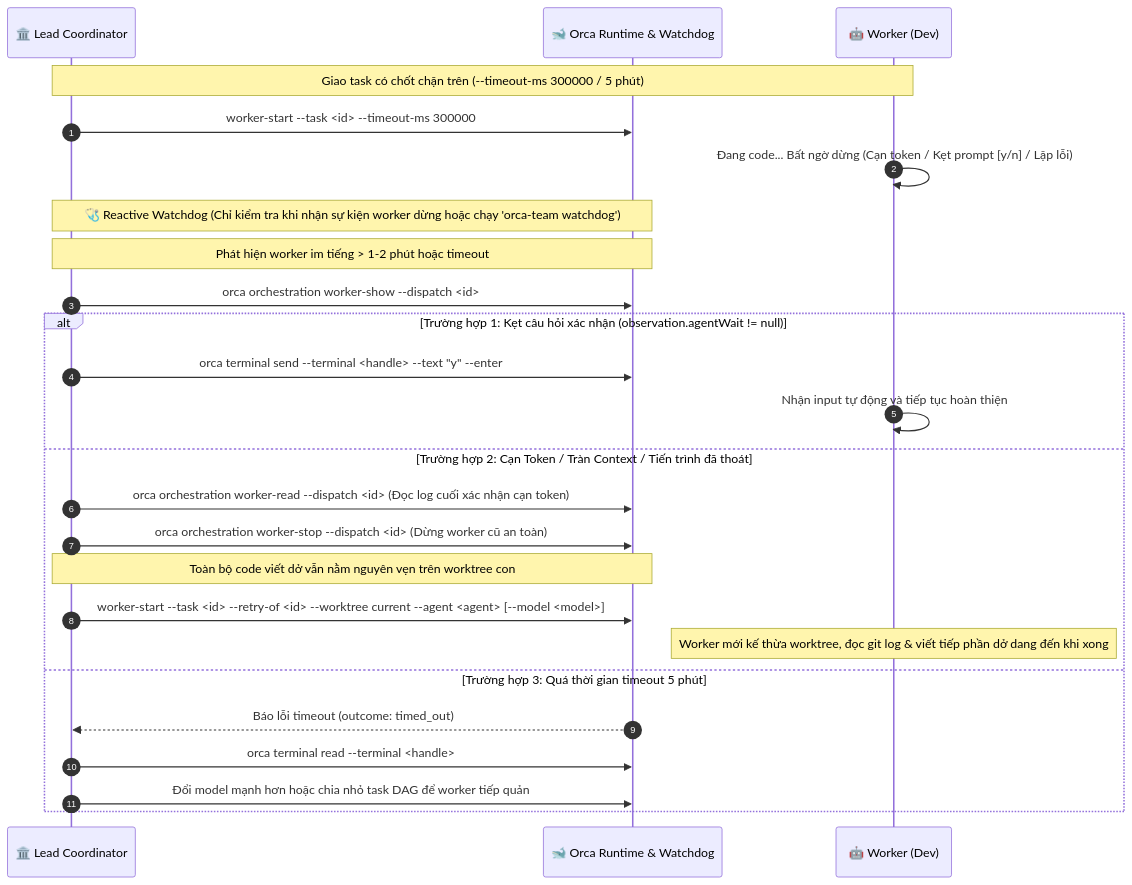
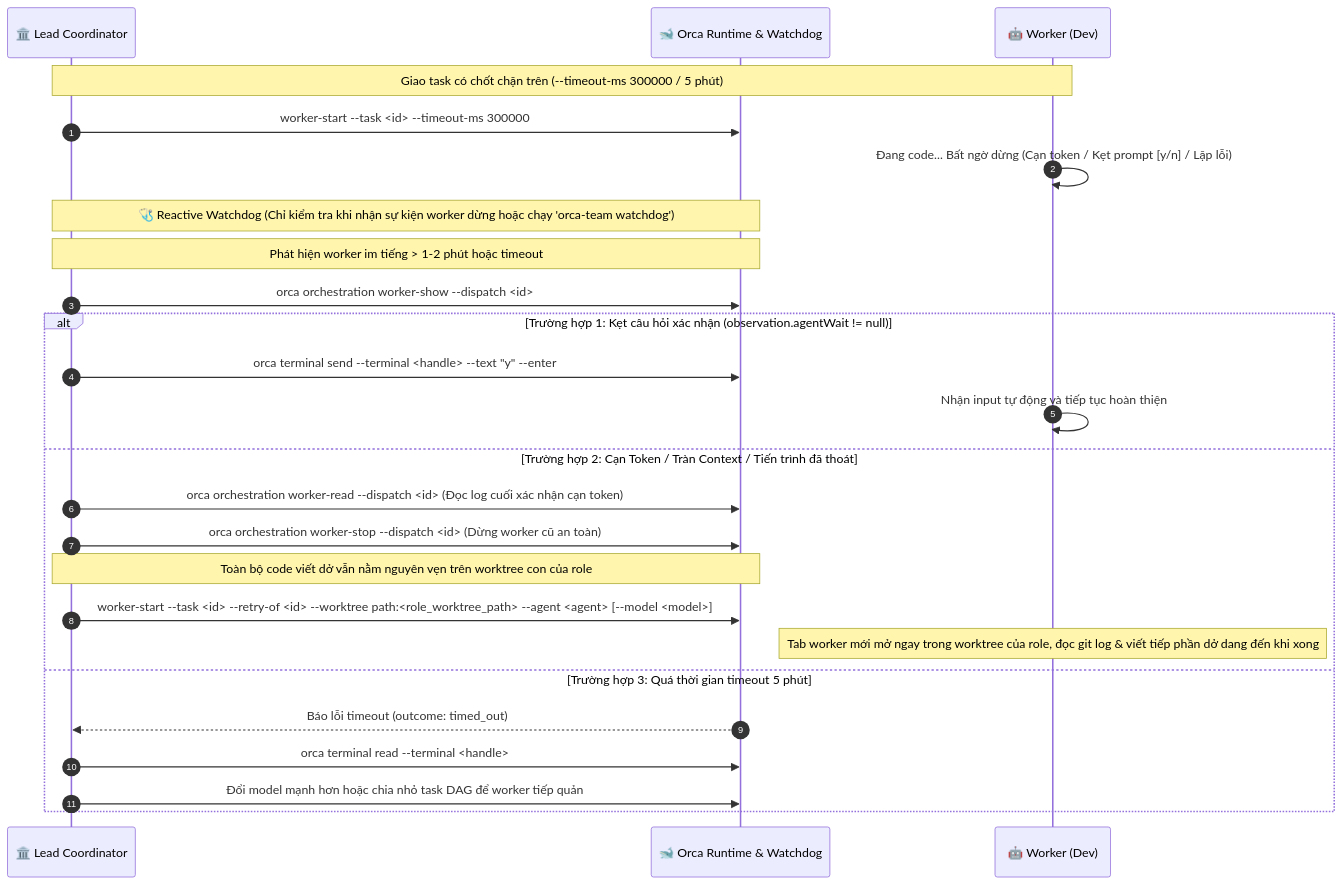
One commit to thapld/orca-multi-agent-orchestrator changed the seventh of 7 diagrams in docs/workflows.md. Above: the diagram before and after it, drawn with Mermaid. The commit also changed other lines of this file and 8 other files, not shown here.

Commit message:
fix(orchestration): use repo-scoped path:<abs_path> worktree selector to prevent selector_ambiguous and add worker-retain at Step 3

````diff
--- a/docs/workflows.md
+++ b/docs/workflows.md
@@ -203,31 +203,31 @@
 ```mermaid
 sequenceDiagram
     autonumber
     participant Lead as 🏛️ Lead Coordinator
     participant Orca as 🐋 Orca Runtime & Watchdog
     participant Worker as 🤖 Worker (Dev)
 
     Note over Lead,Worker: Giao task có chốt chặn trên (--timeout-ms 300000 / 5 phút)
     Lead->>Orca: worker-start --task <id> --timeout-ms 300000
 
     Worker->>Worker: Đang code... Bất ngờ dừng (Cạn token / Kẹt prompt [y/n] / Lặp lỗi)
     
     Note over Lead,Orca: 🩺 Reactive Watchdog (Chỉ kiểm tra khi nhận sự kiện worker dừng hoặc chạy 'orca-team watchdog')
     Note over Lead,Orca: Phát hiện worker im tiếng > 1-2 phút hoặc timeout
     Lead->>Orca: orca orchestration worker-show --dispatch <id>
     
     alt Trường hợp 1: Kẹt câu hỏi xác nhận (observation.agentWait != null)
         Lead->>Orca: orca terminal send --terminal <handle> --text "y" --enter
         Worker->>Worker: Nhận input tự động và tiếp tục hoàn thiện
     else Trường hợp 2: Cạn Token / Tràn Context / Tiến trình đã thoát
         Lead->>Orca: orca orchestration worker-read --dispatch <id> (Đọc log cuối xác nhận cạn token)
         Lead->>Orca: orca orchestration worker-stop --dispatch <id> (Dừng worker cũ an toàn)
-        Note over Lead,Orca: Toàn bộ code viết dở vẫn nằm nguyên vẹn trên worktree con
-        Lead->>Orca: worker-start --task <id> --retry-of <id> --worktree current --agent <agent> [--model <model>]
-        Note over Worker: Worker mới kế thừa worktree, đọc git log & viết tiếp phần dở dang đến khi xong
+        Note over Lead,Orca: Toàn bộ code viết dở vẫn nằm nguyên vẹn trên worktree con của role
+        Lead->>Orca: worker-start --task <id> --retry-of <id> --worktree path:<role_worktree_path> --agent <agent> [--model <model>]
+        Note over Worker: Tab worker mới mở ngay trong worktree của role, đọc git log & viết tiếp phần dở dang đến khi xong
     else Trường hợp 3: Quá thời gian timeout 5 phút
         Orca-->>Lead: Báo lỗi timeout (outcome: timed_out)
         Lead->>Orca: orca terminal read --terminal <handle>
         Lead->>Orca: Đổi model mạnh hơn hoặc chia nhỏ task DAG để worker tiếp quản
     end
 ```
````
